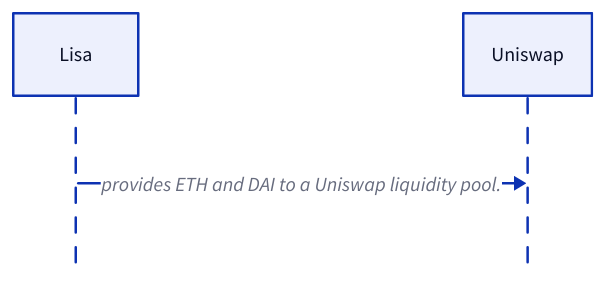
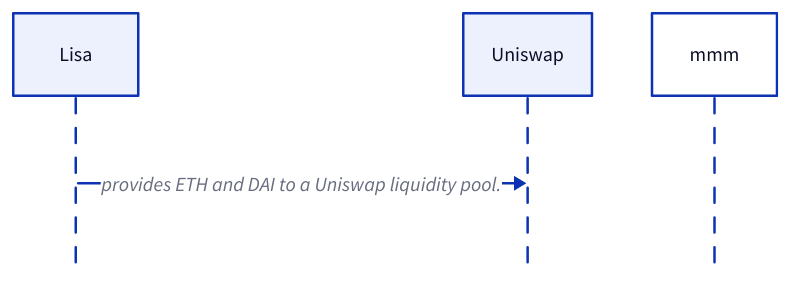
The diagram in task/defi.d2 (blockchain-audit/labs), drawn with D2 before and after one commit.

```diff
--- a/task/defi.d2
+++ b/task/defi.d2
@@ -1,63 +1,64 @@
 shape: sequence_diagram
 #  # 1. Liquid Staking: Earn staking rewards without locking your tokens.
 #  Alice -> lido finance : sends ETH
 #  Lido Finance -> Lido: Receives ETH
 #  Lido -> Ethereum Network: Stakes Alice's ETH
 #  Ethereum Network -> Lido: Confirmation
 #  Lido -> Alice : sends stETH
 #  Alice -> Alice's wallet : Receives stETH
 #  Alice's Wallet -> Alice: Earns staking rewards passively
 #  Alice -> other :  transfer, trade, or lend stETH
 #  other -> Alice : not affecting Alice's staked ETH
 
 # # 2. Lending/Borrowing: Put your crypto to work or access additional funds.
 # Bob -> Aave : deposits DAI 
 # Charles -> Aave : borrows USDC offering DAI as collateral
 # Aave -> Charles : lends the USDC taking Charles's DAI as collateral 
 # Charles -> Aave : pays interest on his borrowed USDC
 # Aave -> Bob : interest on his deposited DAI 
 # Bob -> Bob's wallet : earns interest 
 
 # # 3. Decentralized Exchanges (DEXs): Swap tokens directly, peer-to-peer.
 #  Diana -> Diana's wallet  : wants to exchange ETH for LINK 
 #  Diana -> Uniswap : sends ETH 
 #  Uniswap -> Liquidity pool : prividing ETH 
 #  Liquidity pool -> Uniswap : automatically exchanges Diana's ETH for LINK based on the current pool ratio.
 #  Uniswap -> Diana : sends LINK
 #  Diana -> Diana's wallet : receives LINK
 #  Liquidity pool -> Liquidity pool : the pool's composition adjusts slightly.
 
 # # 4. Cross-Chain Bridges: Bridge your tokens across different blockchain networks.
 # Eric -> Eric's wallet : wants to move his BTC from Bitcoin to Ethereum.
 # Eric -> Ren Protocol : sends his BTC
 # Ren Protocol -> Bitcoin network : locking the BTC
 # Bitcoin network -> Ren Protocol : confirmation 
 # Ren Protocol -> Ethereum Network : mints an equivalent amount of wrapped BTC (renBTC) on Ethereum
 # Ren Protocol -> Eric : renBTC
 # Eric -> Ethereum platform : use renBTC like DeFi protocols.
 
 # # 5. Collateralized Debt Positions (CDPs): Mint stablecoins against your crypto holdings.
 # Sarah -> MakerDAO : deposits ETH
 # Sarah -> MakerDAO :mints DAI (stablecoin) based on the value of her locked ETH.
 # Sarah -> other : ?
 
 # # 6. Real-World Asset (RWA) Protocols: Integrate real-world assets into DeFi.
 # David -> Real World Finance : tokenizes his house.
 # Investors -> Real World Finance : purchase RWF tokens representing ownership fractions of the house.
 # Real World Finance -> David : receives funding based on the token sale.
 # Real World Finance -> Investors : earn rental income distributed proportionally to their token holdings.
 
 # 7. Services: Provide various DeFi-related services beyond core financial functions.
 
 
 # # 8. Yield Aggregators: Optimize your token deposits across different protocols for maximized yield.
 # Emily -> Yearn Finance : deposits her tokens
 # Yearn Finance -> lending protocols : automatically distributes Emily's tokens seeking the highest potential returns
 # lending protocols -> Emily : receives a single yield stream representing the combined earnings
 # Emily -> Yearn Finance : pays a small fee for its management services.
 
 # 9. Derivatives: Trade on the future price of crypto assets with leverage.
 
 
 # 10. Yield Farming: Lock your tokens in liquidity pools to earn rewards in protocol tokens.
 Lisa -> Uniswap :  provides ETH and DAI to a Uniswap liquidity pool.
+mmm
```
